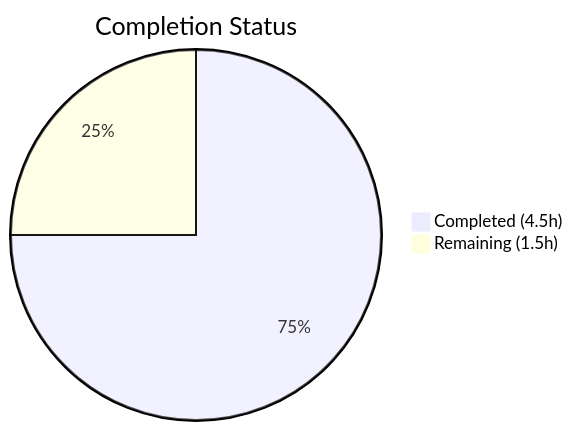
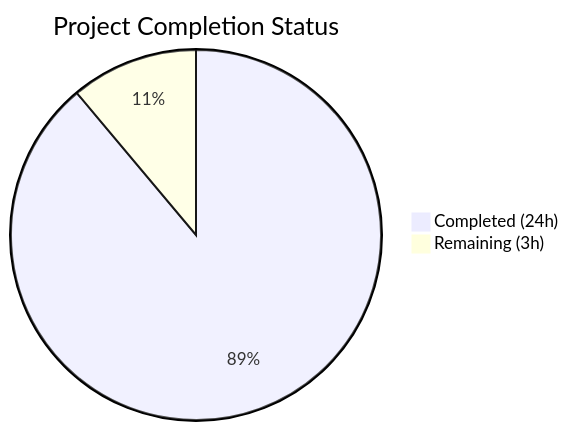
Before and after one commit to TestadoBlitzy/Existing-product: the first of 2 diagrams in blitzy/documentation/Project Guide.md, drawn with Mermaid. The commit also changed other lines of this file, not shown here.

Commit message:
Adding Blitzy Project Guide: Project Status and Human Tasks Remaining

````diff
--- a/blitzy/documentation/Project Guide.md
+++ b/blitzy/documentation/Project Guide.md
@@ -13,5 +11,5 @@
 ```mermaid
-pie title Completion Status
-    "Completed (4.5h)" : 4.5
-    "Remaining (1.5h)" : 1.5
+pie title Project Completion Status
+    "Completed (24h)" : 24
+    "Remaining (3h)" : 3
 ```
````
